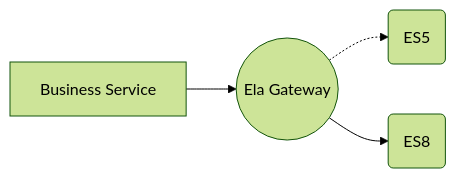
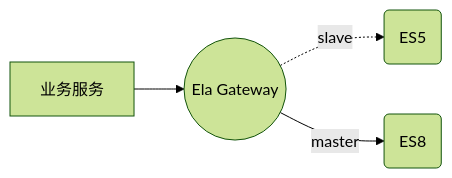
Before and after one commit to CharellKing/ela: the fourth of 5 diagrams in manual/en/01-Elasticsearch Data Migration Overall Solution.md, drawn with Mermaid (forest theme). The commit also changed other lines of this file and 1 other file, not shown here.

Commit message:
update mermaid code

````diff
--- a/manual/en/01-Elasticsearch Data Migration Overall Solution.md
+++ b/manual/en/01-Elasticsearch Data Migration Overall Solution.md
@@ -72,6 +75,6 @@
 ```mermaid
 flowchart LR
-    A[Business Service] --> B((Ela Gateway))
-    B -.-> C(ES5)
-    B --> D(ES8)
+    A[业务服务] --> B((Ela Gateway))
+    B -.slave-.-> C(ES5)
+    B --master--> D(ES8)
 ```
````
